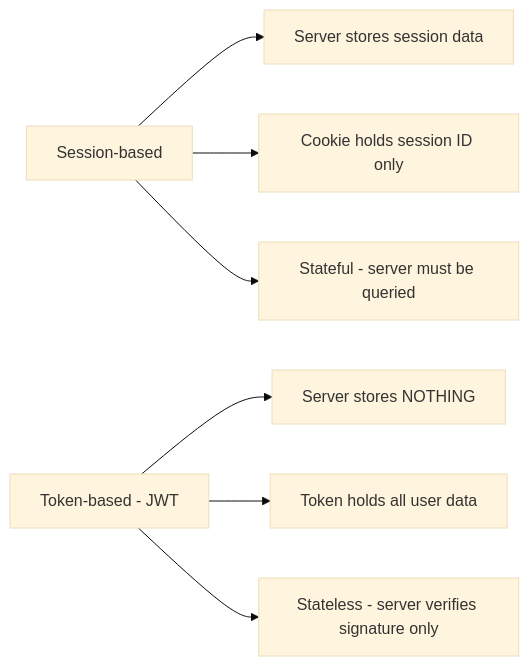
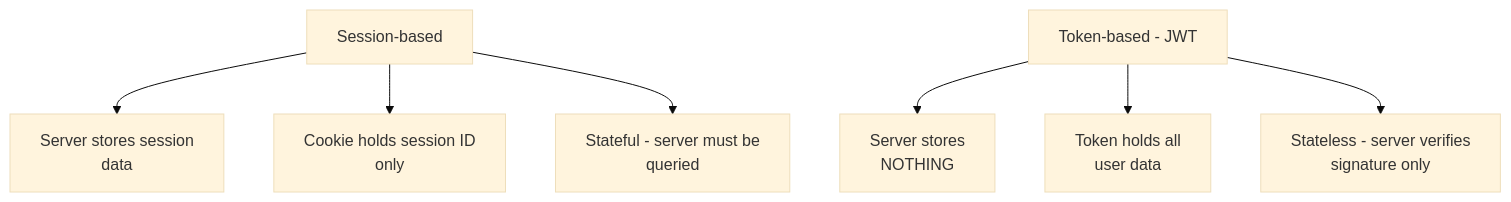
The fourth of 4 diagrams in 02-Semester-VI/CS-353-MJ-T-Web-Technology-II/Unit-4.md (amitdevx/TY), drawn with Mermaid (base theme) before and after one commit. The commit also changed other lines of this file and 65 other files, not shown here.

Commit message:
fix:graph vertical

````diff
--- a/02-Semester-VI/CS-353-MJ-T-Web-Technology-II/Unit-4.md
+++ b/02-Semester-VI/CS-353-MJ-T-Web-Technology-II/Unit-4.md
@@ -446,10 +446,10 @@
 ```mermaid
-graph LR
-    A[Session-based] --> A1[Server stores session data]
-    A --> A2[Cookie holds session ID only]
-    A --> A3[Stateful - server must be queried]
+graph TD
+    A[Session-based] --> A1[Server stores session<br/>data]
+    A --> A2[Cookie holds session ID<br/>only]
+    A --> A3[Stateful - server must be<br/>queried]
     
-    B[Token-based - JWT] --> B1[Server stores NOTHING]
-    B --> B2[Token holds all user data]
-    B --> B3[Stateless - server verifies signature only]
+    B[Token-based - JWT] --> B1[Server stores<br/>NOTHING]
+    B --> B2[Token holds all<br/>user data]
+    B --> B3[Stateless - server verifies<br/>signature only]
 ```
````
